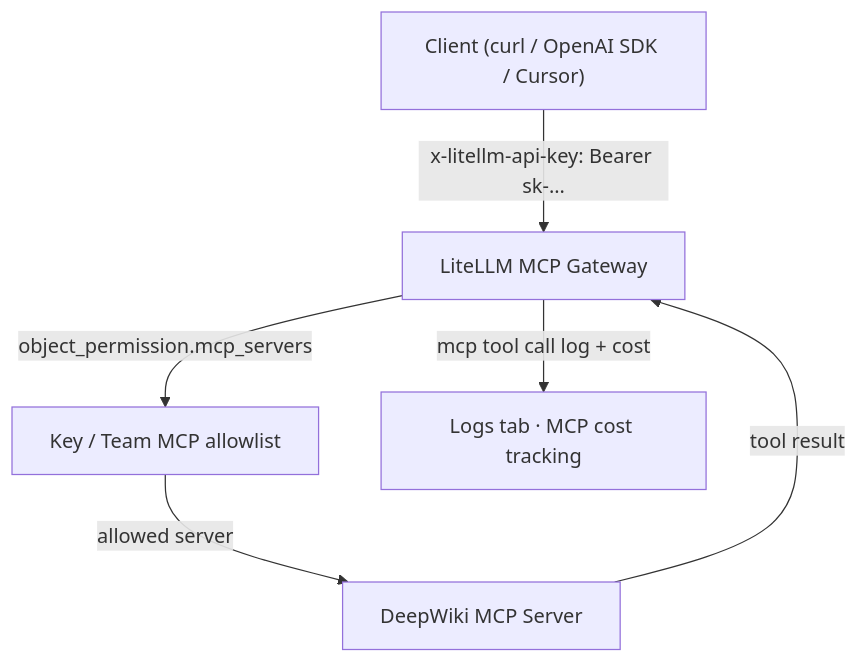
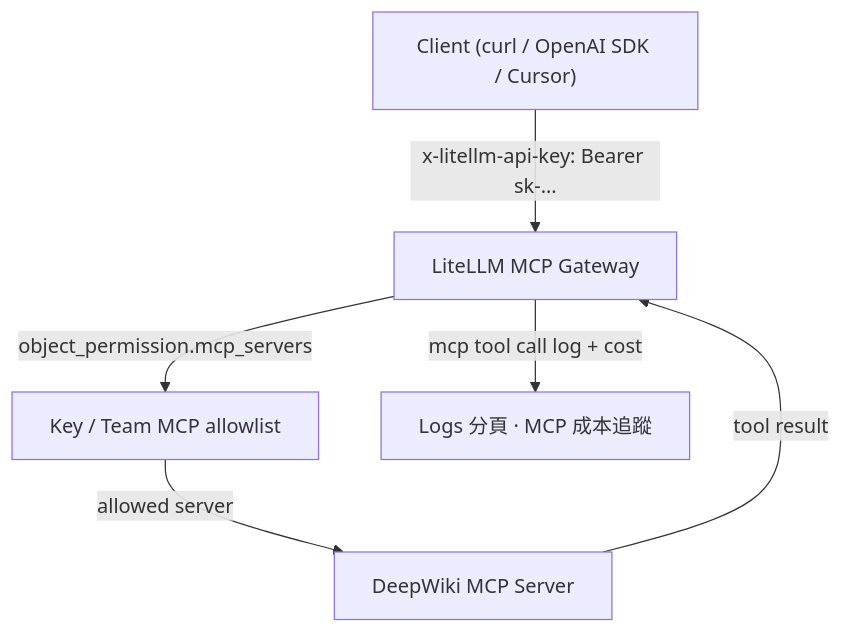
Before and after one commit to doggy8088/litellm-docs: the second of 4 diagrams in docs/learn/enterprise_quickstart.md, drawn with Mermaid. The commit also changed other lines of this file and 1957 other files, not shown here.

````diff
--- a/docs/learn/enterprise_quickstart.md
+++ b/docs/learn/enterprise_quickstart.md
@@ -354,9 +351,9 @@
 ```mermaid
 flowchart TD
     CLIENT["Client (curl / OpenAI SDK / Cursor)"]
     CLIENT -->|"x-litellm-api-key: Bearer sk-..."| PROXY["LiteLLM MCP Gateway"]
     PROXY -->|"object_permission.mcp_servers"| PERMS["Key / Team MCP allowlist"]
     PERMS -->|"allowed server"| MCP["DeepWiki MCP Server"]
     MCP -->|"tool result"| PROXY
-    PROXY -->|"mcp tool call log + cost"| LOGS["Logs tab · MCP cost tracking"]
+    PROXY -->|"mcp tool call log + cost"| LOGS["Logs 分頁 · MCP 成本追蹤"]
 ```
````
